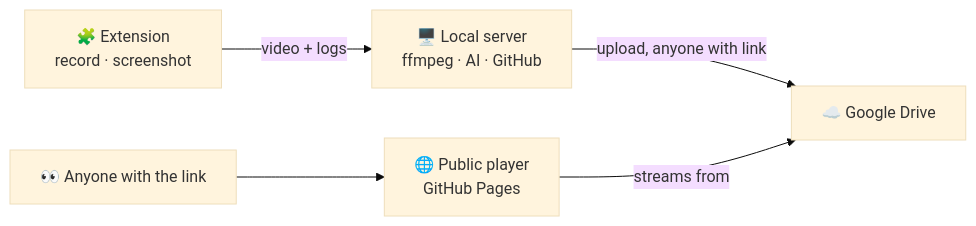
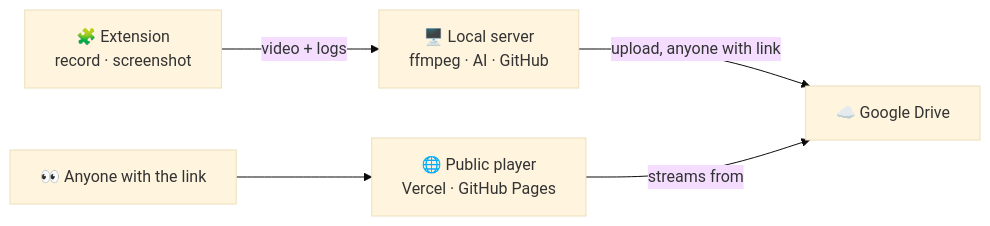
One commit to rameshlakmal/BugSnap changed the diagram in README.md. Above: the diagram before and after it, drawn with Mermaid (base theme). The commit also changed other lines of this file and 17 other files, not shown here.

First line of the commit message:
feat: let people host the share player on Vercel, GitHub Pages or anywhere

````diff
--- a/README.md
+++ b/README.md
@@ -128,7 +128,7 @@
 ```mermaid
 flowchart LR
     A["🧩 Extension<br/>record · screenshot"] -->|video + logs| B["🖥️ Local server<br/>ffmpeg · AI · GitHub"]
     B -->|upload, anyone with link| C["☁️ Google Drive"]
-    D["🌐 Public player<br/>GitHub Pages"] -->|streams from| C
+    D["🌐 Public player<br/>Vercel · GitHub Pages"] -->|streams from| C
     E["👀 Anyone with the link"] --> D
 ```
````
